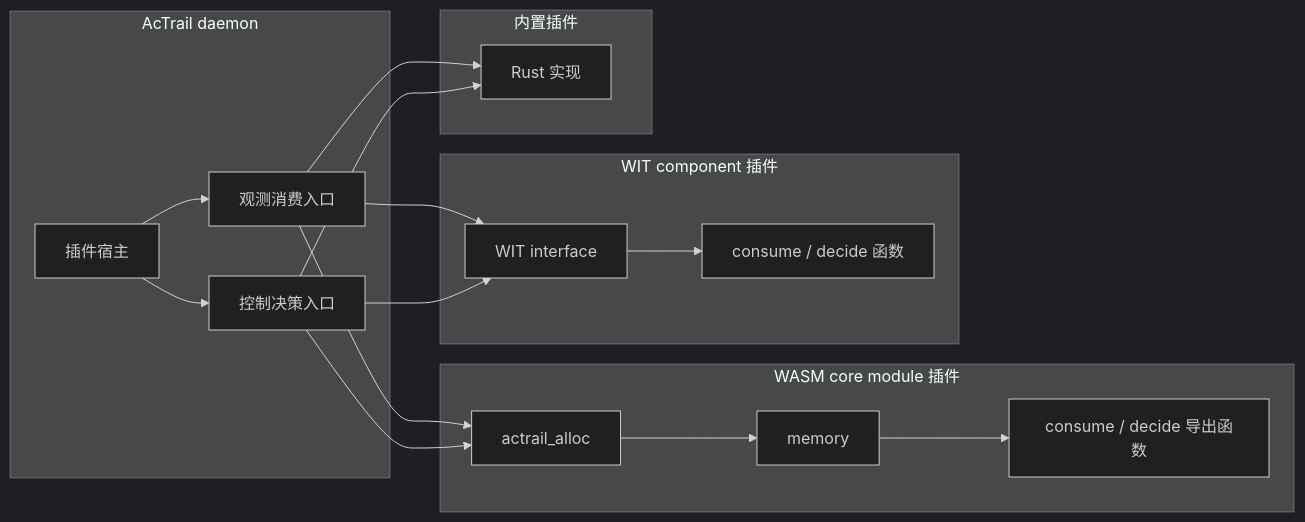
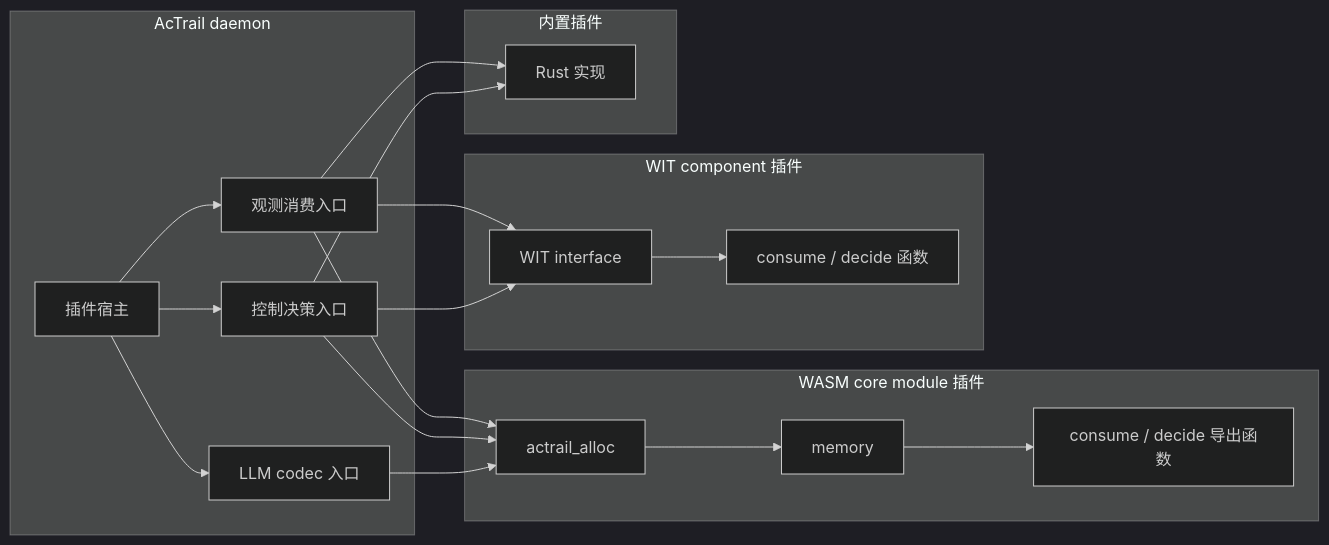
Before and after one commit to openeuler-mirror/AcTrail: the first of 4 diagrams in docs/plugins/abi/README.zh.md, drawn with Mermaid (dark theme). The commit also changed other lines of this file and 131 other files, not shown here.

First line of the commit message:
Improve TLS capture runtime and LLM codec plugins

````diff
--- a/docs/plugins/abi/README.zh.md
+++ b/docs/plugins/abi/README.zh.md
@@ -57,35 +59,38 @@
 ```mermaid
 flowchart LR
     subgraph A[AcTrail daemon]
         Host[插件宿主]
         Obs[观测消费入口]
         Ctrl[控制决策入口]
+        Codec[LLM codec 入口]
     end
 
     subgraph B[WASM core module 插件]
         CoreMemory[memory]
         CoreAlloc[actrail_alloc]
         CoreEntry[consume / decide 导出函数]
     end
 
     subgraph C[WIT component 插件]
         WitInterface[WIT interface]
         WitEntry[consume / decide 函数]
     end
 
     subgraph D[内置插件]
         Builtin[Rust 实现]
     end
 
     Host --> Obs
     Host --> Ctrl
+    Host --> Codec
     Obs --> CoreAlloc
     Ctrl --> CoreAlloc
+    Codec --> CoreAlloc
     CoreAlloc --> CoreMemory
     CoreMemory --> CoreEntry
     Obs --> WitInterface
     Ctrl --> WitInterface
     WitInterface --> WitEntry
     Obs --> Builtin
     Ctrl --> Builtin
 ```
````
